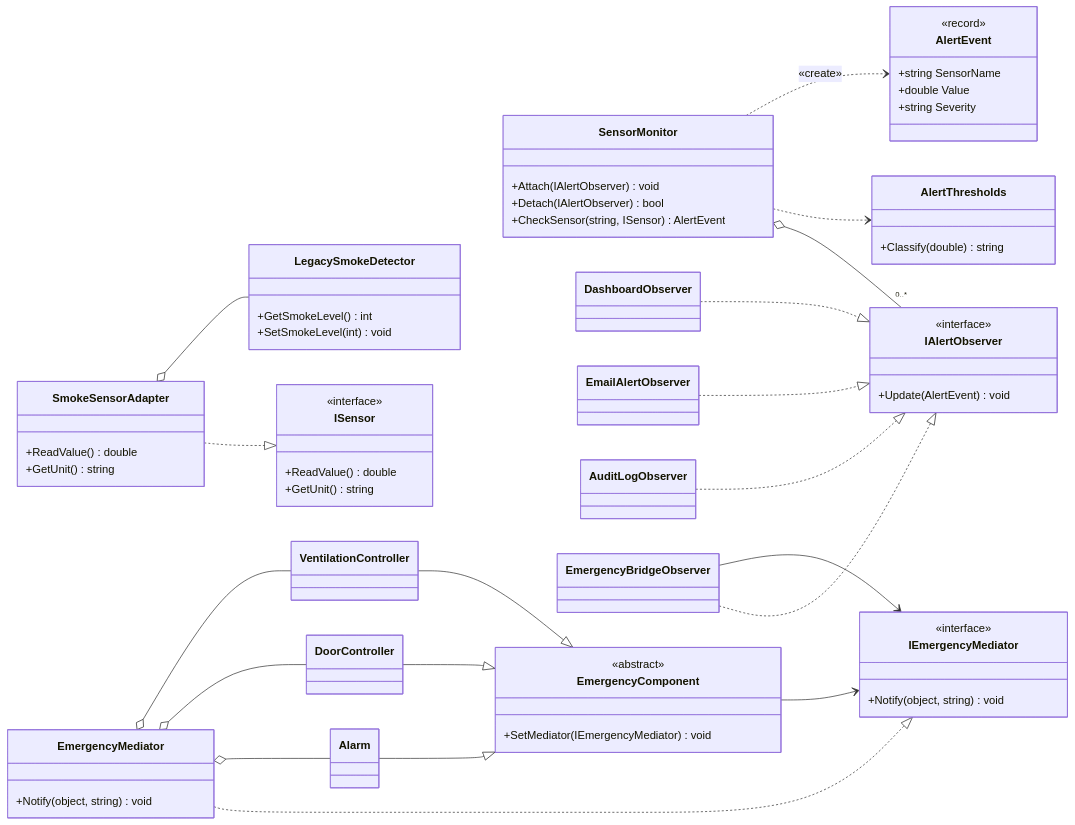
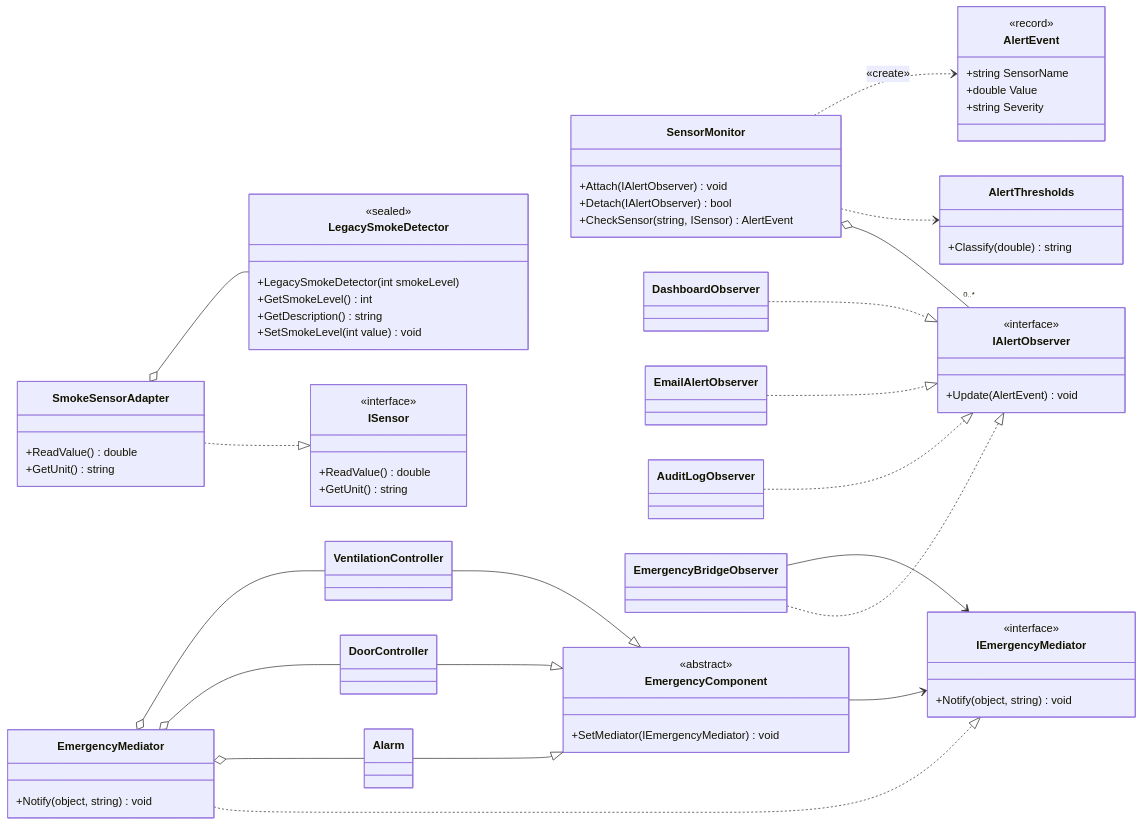
The first of 2 diagrams in README.md (huyp17-hub/OOP_B11), drawn with Mermaid before and after one commit. The commit also changed other lines of this file and 21 other files, not shown here.

Commit message:
fix: áp lab11-fix.patch (sơ đồ Graphviz, PDF báo cáo, LegacySmokeDetector dùng constructor)

````diff
--- a/README.md
+++ b/README.md
@@ -57,72 +58,75 @@
 ```mermaid
 classDiagram
     direction LR
     class ISensor {
         <<interface>>
         +ReadValue() double
         +GetUnit() string
     }
     class LegacySmokeDetector {
+        <<sealed>>
+        +LegacySmokeDetector(int smokeLevel)
         +GetSmokeLevel() int
-        +SetSmokeLevel(int) void
+        +GetDescription() string
+        +SetSmokeLevel(int value) void
     }
     class SmokeSensorAdapter {
         +ReadValue() double
         +GetUnit() string
     }
     class AlertEvent {
         <<record>>
         +string SensorName
         +double Value
         +string Severity
     }
     class AlertThresholds {
         +Classify(double) string
     }
     class IAlertObserver {
         <<interface>>
         +Update(AlertEvent) void
     }
     class SensorMonitor {
         +Attach(IAlertObserver) void
         +Detach(IAlertObserver) bool
         +CheckSensor(string, ISensor) AlertEvent
     }
     class DashboardObserver
     class EmailAlertObserver
     class AuditLogObserver
     class EmergencyBridgeObserver
     class IEmergencyMediator {
         <<interface>>
         +Notify(object, string) void
     }
     class EmergencyComponent {
         <<abstract>>
         +SetMediator(IEmergencyMediator) void
     }
     class EmergencyMediator {
         +Notify(object, string) void
     }
     class Alarm
     class DoorController
     class VentilationController
 
     SmokeSensorAdapter ..|> ISensor
     SmokeSensorAdapter o-- LegacySmokeDetector
     DashboardObserver ..|> IAlertObserver
     EmailAlertObserver ..|> IAlertObserver
     AuditLogObserver ..|> IAlertObserver
     EmergencyBridgeObserver ..|> IAlertObserver
     SensorMonitor o-- "0..*" IAlertObserver
     SensorMonitor ..> AlertThresholds
     SensorMonitor ..> AlertEvent : «create»
     EmergencyBridgeObserver --> IEmergencyMediator
     EmergencyMediator ..|> IEmergencyMediator
     EmergencyComponent --> IEmergencyMediator
     Alarm --|> EmergencyComponent
     DoorController --|> EmergencyComponent
     VentilationController --|> EmergencyComponent
     EmergencyMediator o-- Alarm
     EmergencyMediator o-- DoorController
     EmergencyMediator o-- VentilationController
 ```
````
